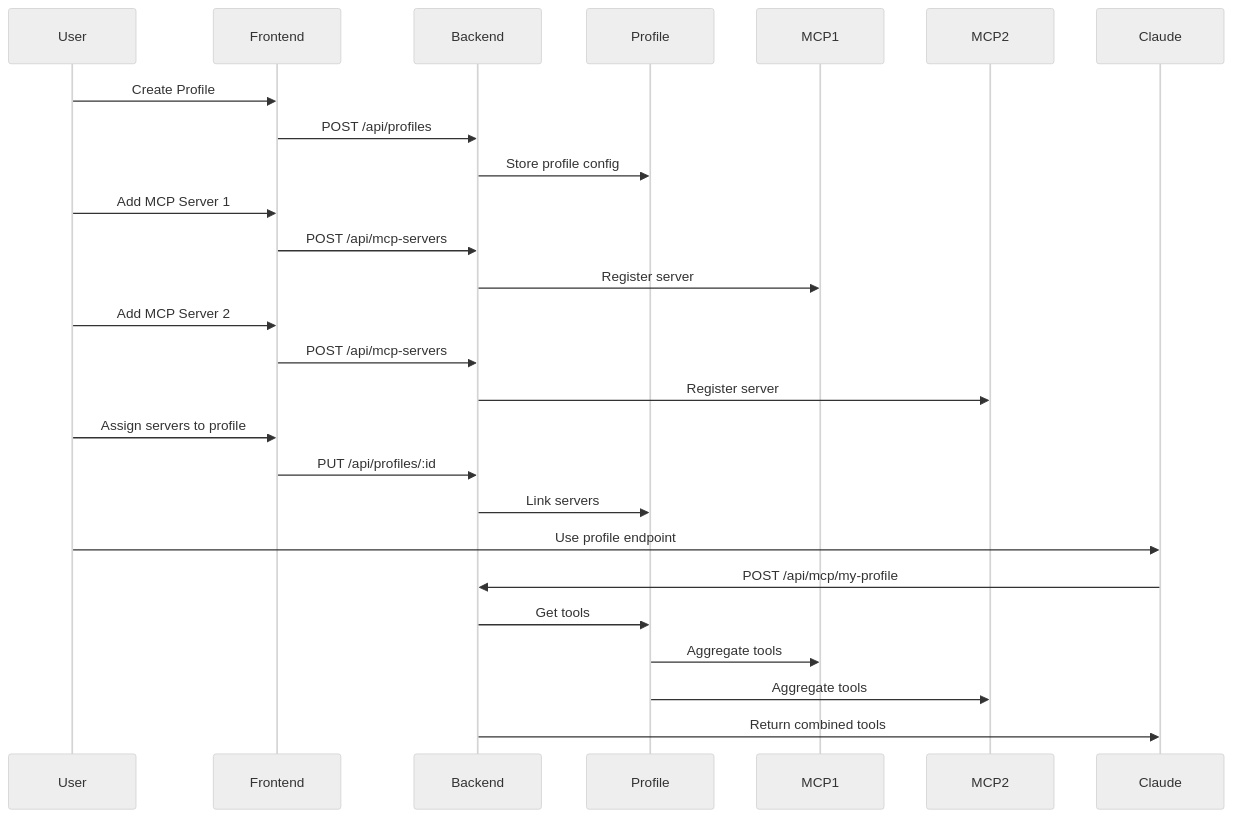
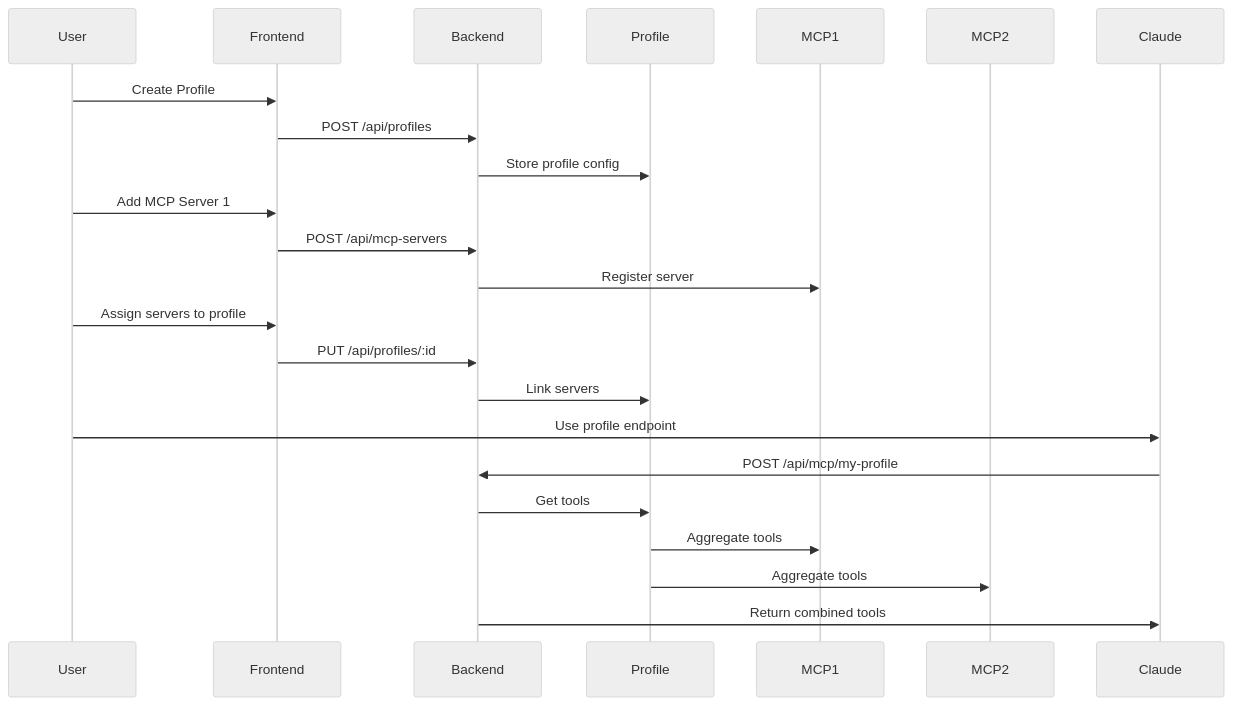
Before and after one commit to DXHeroes/local-mcp-gateway: the third of 3 diagrams in AGENTS.md, drawn with Mermaid (neutral theme). The commit also changed other lines of this file and 800 other files, not shown here.

````diff
--- a/AGENTS.md
+++ b/AGENTS.md
@@ -161,32 +180,28 @@
 ```mermaid
 sequenceDiagram
     participant User
     participant Frontend
     participant Backend
     participant Profile
     participant MCP1
     participant MCP2
-    
+
     User->>Frontend: Create Profile
     Frontend->>Backend: POST /api/profiles
     Backend->>Profile: Store profile config
-    
+
     User->>Frontend: Add MCP Server 1
     Frontend->>Backend: POST /api/mcp-servers
     Backend->>MCP1: Register server
-    
-    User->>Frontend: Add MCP Server 2
-    Frontend->>Backend: POST /api/mcp-servers
-    Backend->>MCP2: Register server
-    
+
     User->>Frontend: Assign servers to profile
     Frontend->>Backend: PUT /api/profiles/:id
     Backend->>Profile: Link servers
-    
+
     User->>Claude: Use profile endpoint
     Claude->>Backend: POST /api/mcp/my-profile
     Backend->>Profile: Get tools
     Profile->>MCP1: Aggregate tools
     Profile->>MCP2: Aggregate tools
     Backend->>Claude: Return combined tools
 ```
````
